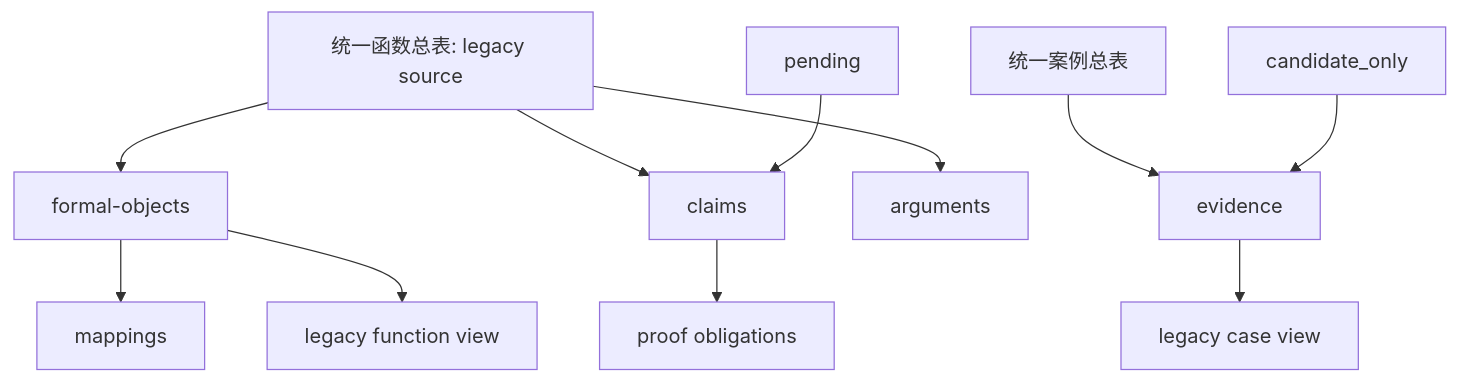
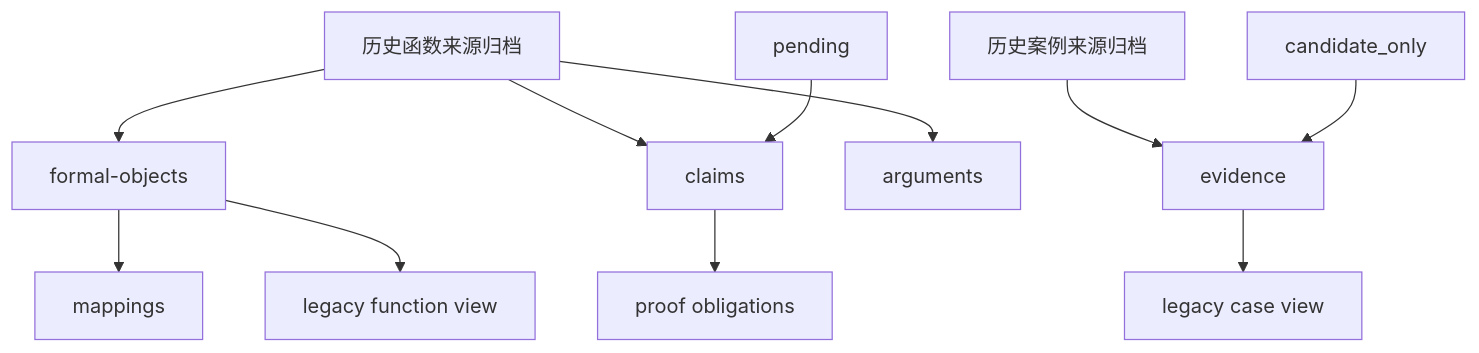
Before and after one commit to Arvin-liu/when-systems-catch-fire: the eighth of 10 diagrams in ignition/ARCHITECTURE.md, drawn with Mermaid. The commit also changed other lines of this file and 1759 other files, not shown here.

````diff
--- a/ignition/ARCHITECTURE.md
+++ b/ignition/ARCHITECTURE.md
@@ -144,13 +144,13 @@
 ```mermaid
 flowchart TB
-  OLD1[统一函数总表: legacy source] --> O[formal-objects]
+  OLD1[历史函数来源归档] --> O[formal-objects]
   OLD1 --> C[claims]
   OLD1 --> A[arguments]
-  OLD2[统一案例总表] --> E[evidence]
+  OLD2[历史案例来源归档] --> E[evidence]
   BC[candidate_only] --> E
   PD[pending] --> C
   O --> M[mappings]
   C --> PO[proof obligations]
   O --> VF[legacy function view]
   E --> VC[legacy case view]
 ```
````
